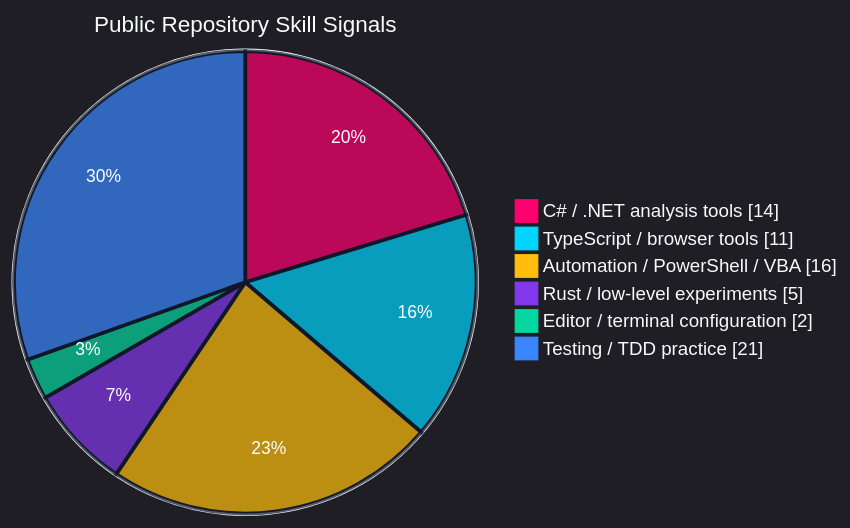
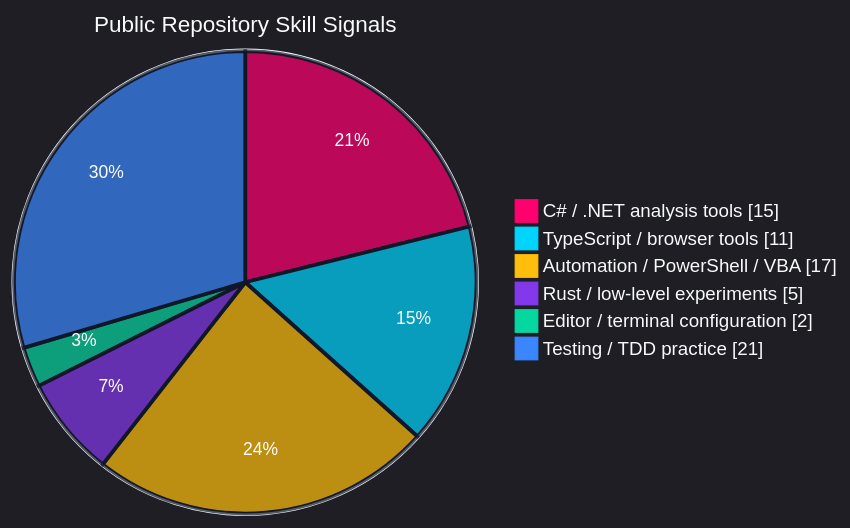
Before and after one commit to SSsan-00/SSsan-00: the first of 4 diagrams in README.md, drawn with Mermaid. The commit also changed other lines of this file and 2 other files, not shown here.

````diff
--- a/README.md
+++ b/README.md
@@ -44,11 +44,11 @@
 ```mermaid
 %%{init: {"theme":"dark","themeVariables":{"background":"#0f172a","mainBkg":"#0f172a","textColor":"#f8fafc","primaryTextColor":"#f8fafc","pieStrokeColor":"#0f172a","pieStrokeWidth":"3px","pieOuterStrokeColor":"#f8fafc","pieOuterStrokeWidth":"2px","pieTitleTextColor":"#f8fafc","pieTitleTextSize":"18px","pieLegendTextColor":"#f8fafc","pieLegendTextSize":"15px","pieSectionTextColor":"#ffffff","pieSectionTextSize":"14px","pie1":"#ff006e","pie2":"#00d4ff","pie3":"#ffbe0b","pie4":"#8338ec","pie5":"#06d6a0","pie6":"#3a86ff"}}}%%
 pie showData
   title Public Repository Skill Signals
-  "C# / .NET analysis tools" : 14
+  "C# / .NET analysis tools" : 15
   "TypeScript / browser tools" : 11
-  "Automation / PowerShell / VBA" : 16
+  "Automation / PowerShell / VBA" : 17
   "Rust / low-level experiments" : 5
   "Editor / terminal configuration" : 2
   "Testing / TDD practice" : 21
 ```
````
